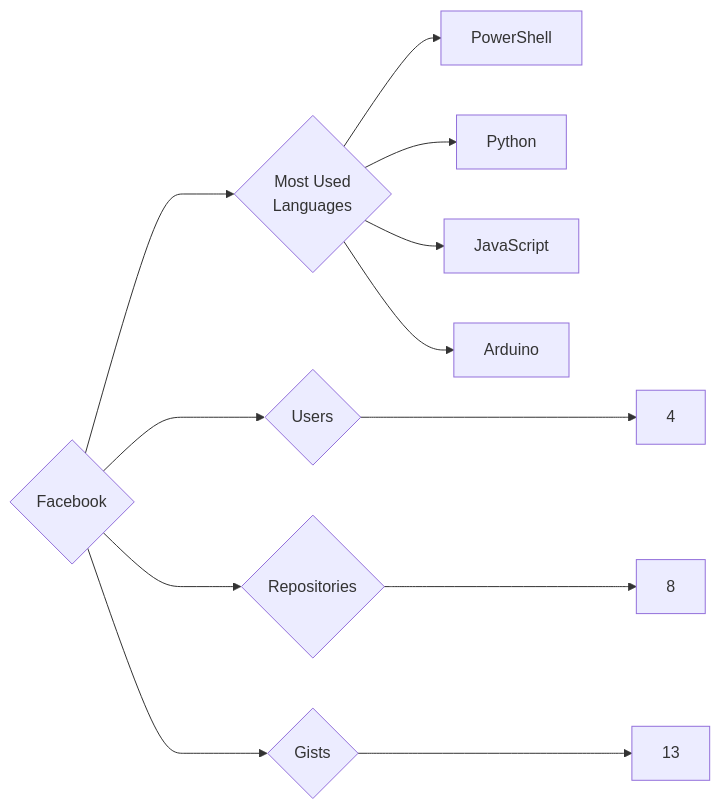
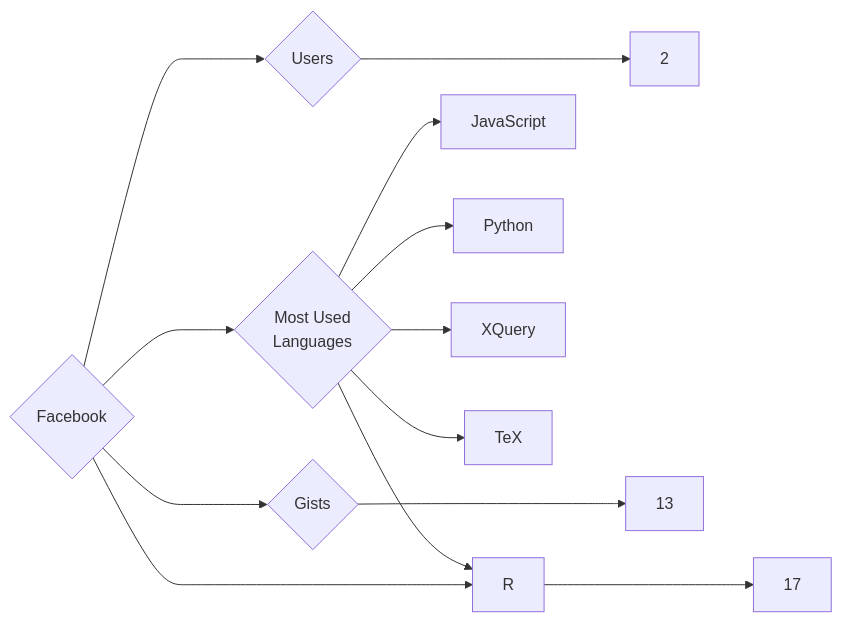
Before and after one commit to trickest/insiders: the diagram in targets/Facebook/README.md, drawn with Mermaid. The commit also changed 1170 other files, not shown here.

````diff
--- a/targets/Facebook/README.md
+++ b/targets/Facebook/README.md
@@ -3,12 +3,13 @@
 ```mermaid
 graph LR
 COMPANY_NAME{Facebook}
-COMPANY_NAME ---> U{Users} ---> UN[4]
-COMPANY_NAME ---> R{Repositories} ---> RN[8]
+COMPANY_NAME ---> U{Users} ---> UN[2]
+COMPANY_NAME ---> R{Repositories} ---> RN[17]
 COMPANY_NAME ---> G{Gists} ---> GN[13]
 COMPANY_NAME ---> ML{Most Used<br>Languages}
-ML --> PowerShell[PowerShell]
+ML --> JavaScript[JavaScript]
 ML --> Python[Python]
-ML --> JavaScript[JavaScript]
-ML --> Arduino[Arduino]
+ML --> XQuery[XQuery]
+ML --> TeX[TeX]
+ML --> R[R]
 ```
````
